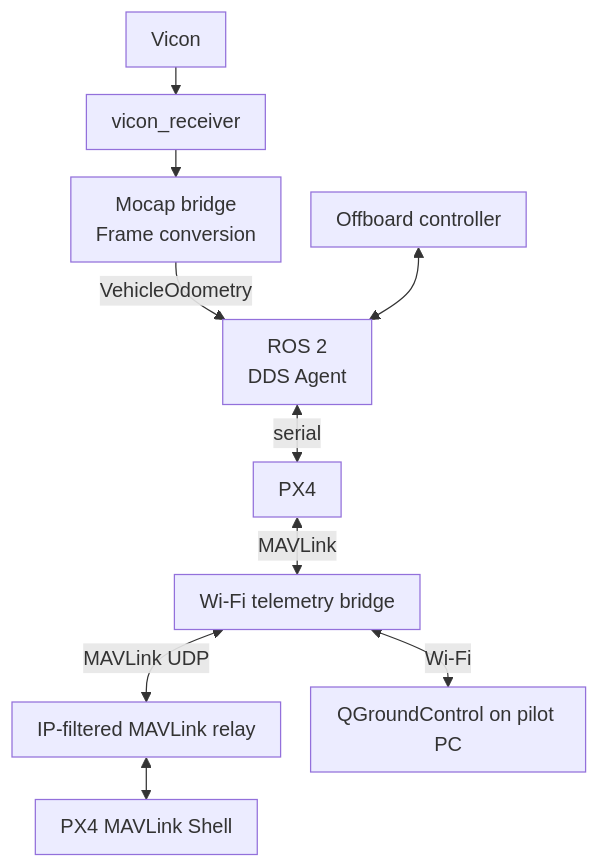
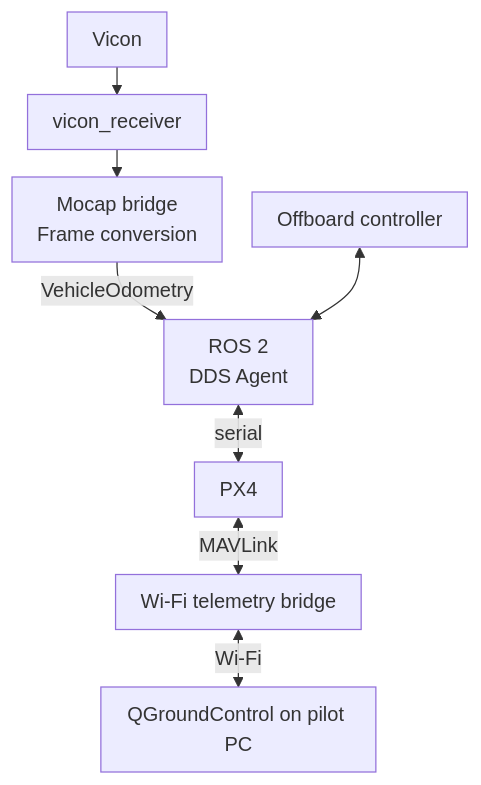
The diagram in docs/operations/companion.md (ANCL/px4-dev-toolkit), drawn with Mermaid before and after one commit. The commit also changed other lines of this file and 22 other files, not shown here.

````diff
--- a/docs/operations/companion.md
+++ b/docs/operations/companion.md
@@ -19,21 +19,19 @@
 ```mermaid
 ---
 config:
   flowchart:
     useMaxWidth: true
     wrappingWidth: 180
     padding: 10
     rankSpacing: 22
     nodeSpacing: 24
 ---
 flowchart TB
     V["Vicon"] --> VR["vicon_receiver"]
     VR --> B["Mocap bridge<br/>Frame conversion"]
     B -->|VehicleOdometry| X["ROS 2<br/>DDS Agent"]
     X <-->|serial| P["PX4"]
     C["Offboard controller"] <--> X
     P <-->|MAVLink| K["Wi-Fi telemetry bridge"]
-    K <-->|MAVLink UDP| MR["IP-filtered MAVLink relay"]
     K <-->|Wi-Fi| Q["QGroundControl on pilot PC"]
-    MR <--> S["PX4 MAVLink Shell"]
 ```
````
